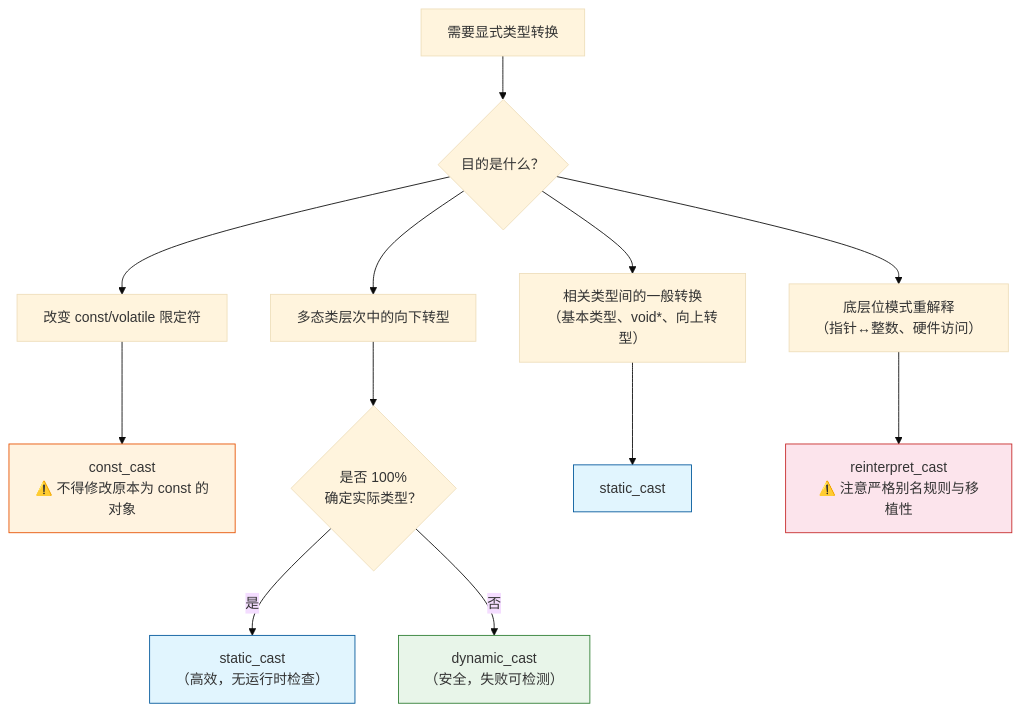
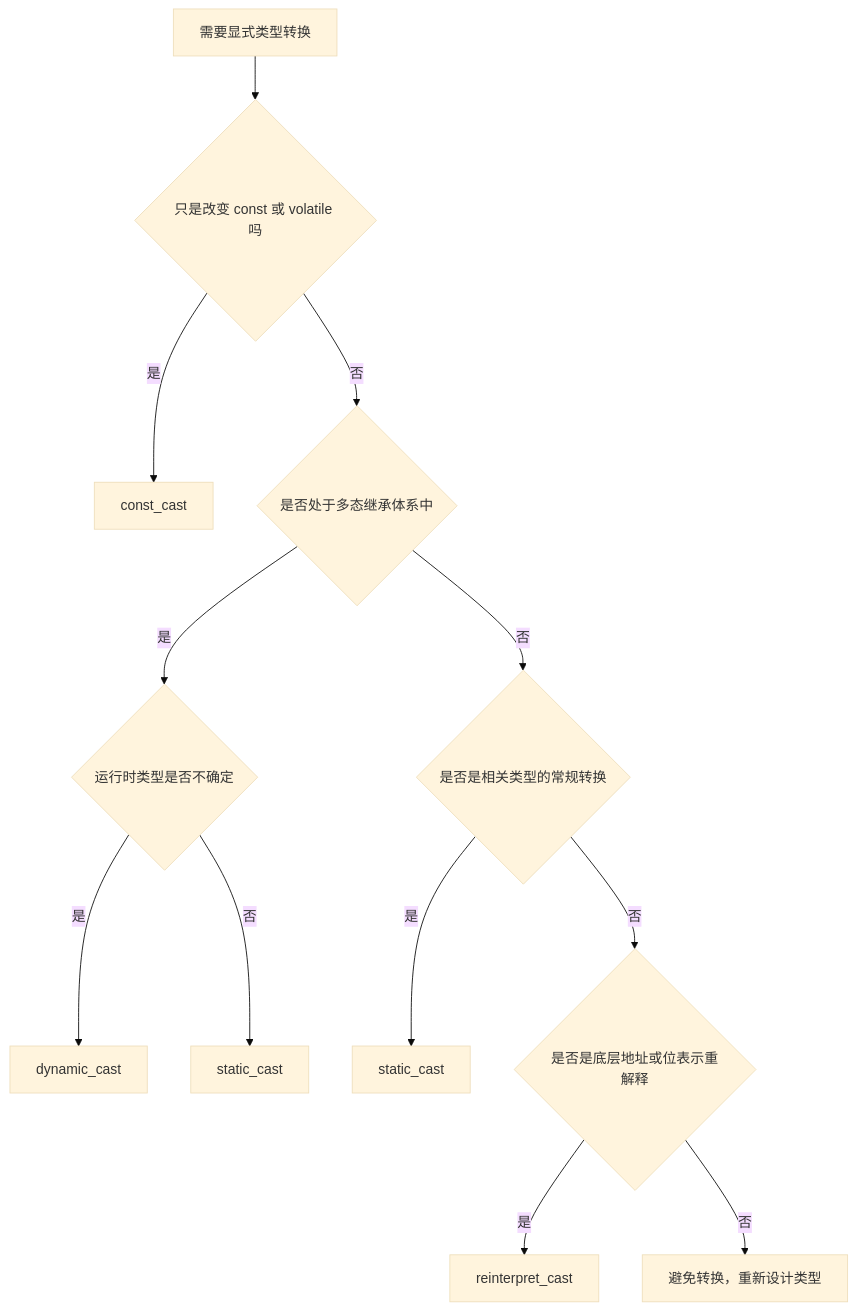
The second of 2 diagrams in CPP/知识点/数据类型/02_类型转换.md (loskyertt/Notes), drawn with Mermaid (base theme) before and after one commit. The commit also changed other lines of this file, not shown here.

````diff
--- a/CPP/知识点/数据类型/02_类型转换.md
+++ b/CPP/知识点/数据类型/02_类型转换.md
@@ -524,22 +572,14 @@
 ```mermaid
 flowchart TD
-    A["需要显式类型转换"] --> B{"目的是什么？"}
-    
-    B --> C["改变 const/volatile 限定符"]
-    B --> D["多态类层次中的向下转型"]
-    B --> E["相关类型间的一般转换\n（基本类型、void*、向上转型）"]
-    B --> F["底层位模式重解释\n（指针↔整数、硬件访问）"]
-
-    C --> C1["const_cast\n⚠️ 不得修改原本为 const 的对象"]
-    D --> D1{"是否 100%\n确定实际类型？"}
-    D1 -- 是 --> D2["static_cast\n（高效，无运行时检查）"]
-    D1 -- 否 --> D3["dynamic_cast\n（安全，失败可检测）"]
-    E --> E1["static_cast"]
-    F --> F1["reinterpret_cast\n⚠️ 注意严格别名规则与移植性"]
-    
-    style C1 fill:#fff3e0,stroke:#e65100
-    style D2 fill:#e1f5fe,stroke:#01579b
-    style D3 fill:#e8f5e9,stroke:#2e7d32
-    style E1 fill:#e1f5fe,stroke:#01579b
-    style F1 fill:#fce4ec,stroke:#c62828
+    A["需要显式类型转换"] --> B{"只是改变 const 或 volatile 吗"}
+    B -- "是" --> C["const_cast"]
+    B -- "否" --> D{"是否处于多态继承体系中"}
+    D -- "是" --> E{"运行时类型是否不确定"}
+    E -- "是" --> F["dynamic_cast"]
+    E -- "否" --> G["static_cast"]
+    D -- "否" --> H{"是否是相关类型的常规转换"}
+    H -- "是" --> I["static_cast"]
+    H -- "否" --> J{"是否是底层地址或位表示重解释"}
+    J -- "是" --> K["reinterpret_cast"]
+    J -- "否" --> L["避免转换，重新设计类型"]
 ```
````
